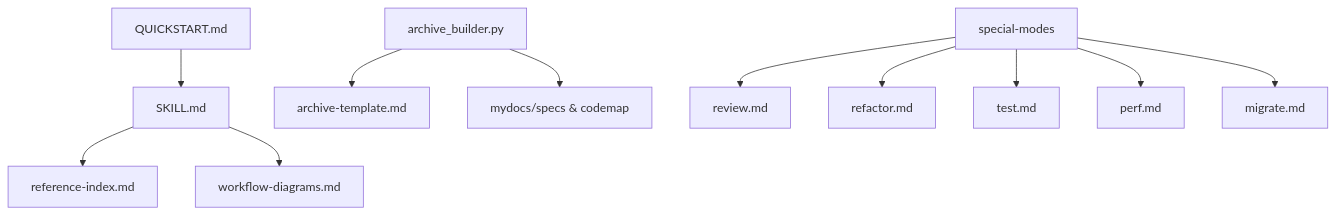
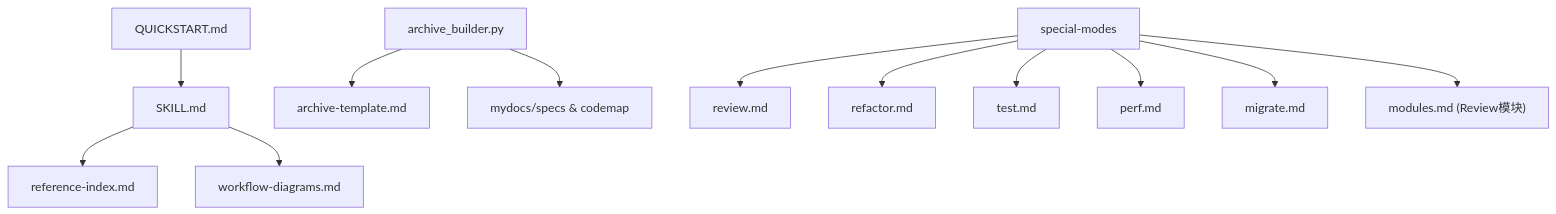
One commit to AngelWings1997/altas changed the sixth of 6 diagrams in .qoder/repowiki/zh/content/参考资料索引.md. Above: the diagram before and after it, drawn with Mermaid. The commit also changed other lines of this file and 7 other files, not shown here.

````diff
--- a/.qoder/repowiki/zh/content/参考资料索引.md
+++ b/.qoder/repowiki/zh/content/参考资料索引.md
@@ -287,13 +336,14 @@
 ```mermaid
 graph TB
 S["SKILL.md"] --> R["reference-index.md"]
 S --> W["workflow-diagrams.md"]
 Q["QUICKSTART.md"] --> S
 AB["archive_builder.py"] --> AT["archive-template.md"]
 AB --> M["mydocs/specs & codemap"]
 SM["special-modes"] --> SMR["review.md"]
 SM --> SMF["refactor.md"]
 SM --> SMT["test.md"]
 SM --> SMP["perf.md"]
 SM --> SMM["migrate.md"]
+SM --> SMR2["modules.md (Review模块)"]
 ```
````
